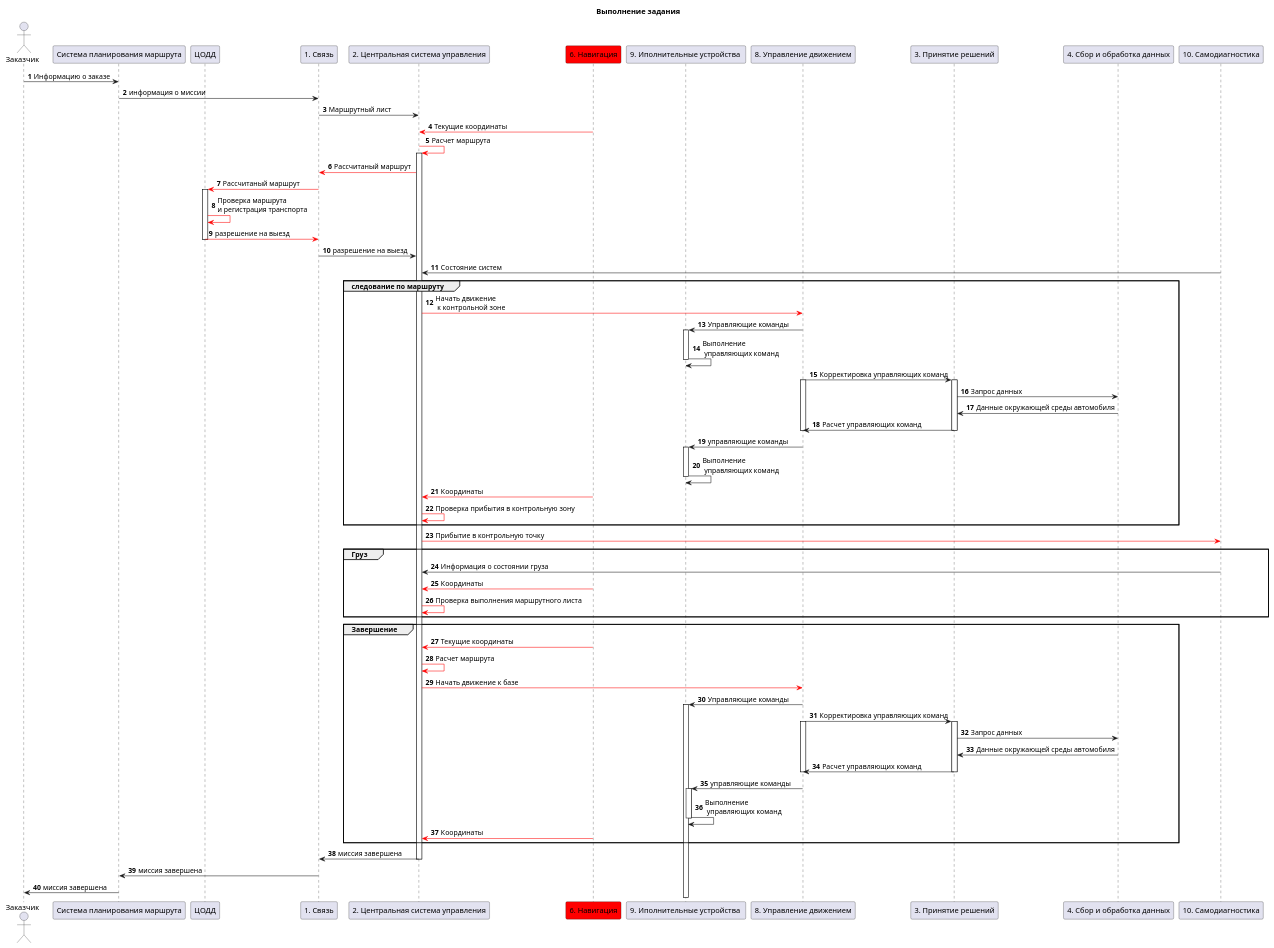
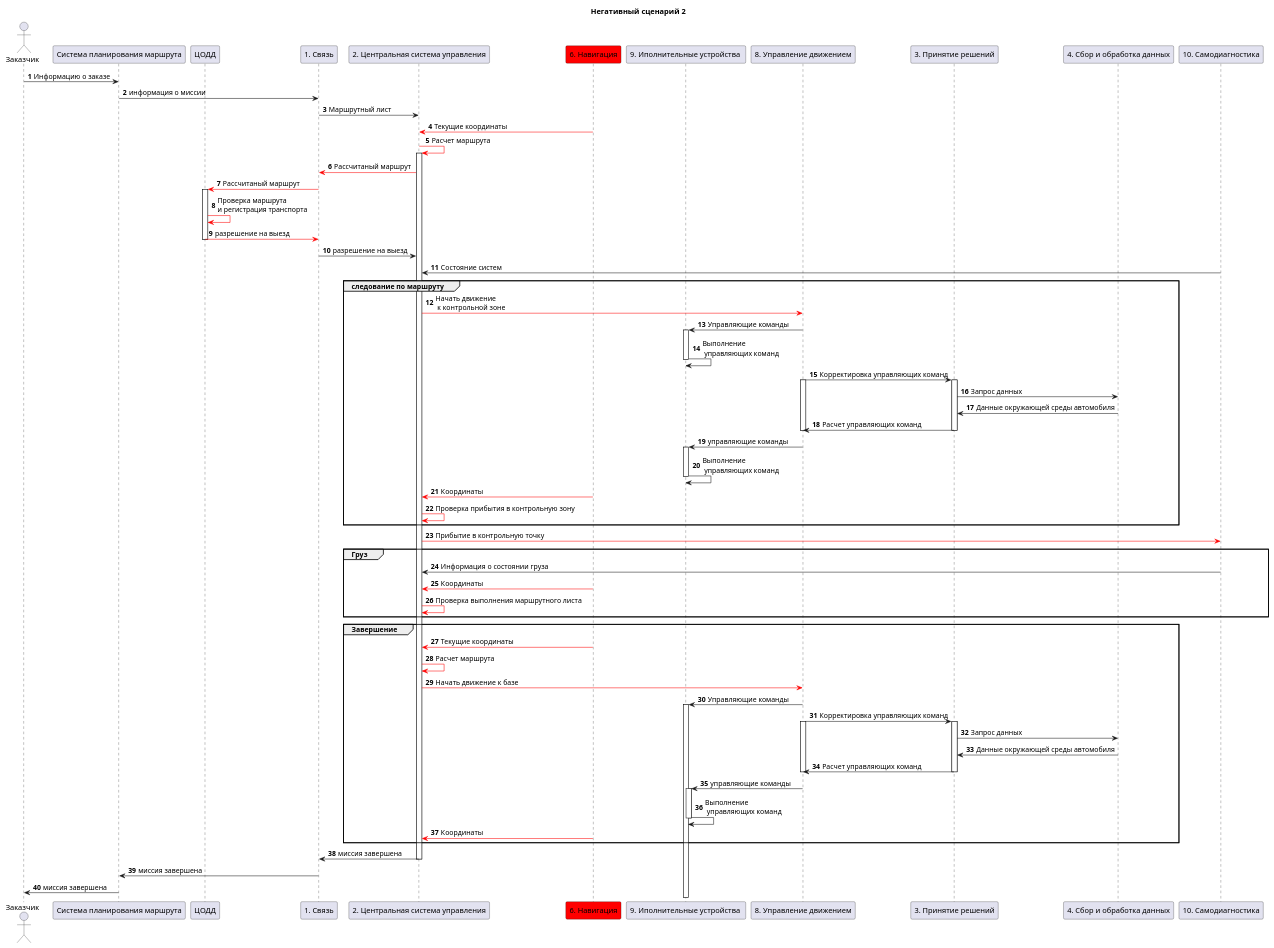
One commit to hedgehogsooo/conditionteams changed the diagram in images/НС-2.puml. Above: the diagram before and after it, drawn with PlantUML. The commit also changed 26 other files, not shown here.

```diff
--- a/images/НС-2.puml
+++ b/images/НС-2.puml
@@ -1,86 +1,86 @@
 @startuml НС-2
-title Выполнение задания
+title Негативный сценарий 2
 autonumber
 
 
 actor "Заказчик" as operator
 participant "Система планирования маршрута" as planingsystem
 participant "ЦОДД" as TSODD
 participant "1. Связь" as connection
 participant "2. Центральная система управления" as centralsystem
 participant "6. Навигация" as navigation #Red
 participant "9. Иполнительные устройства " as actuators 
 participant "8. Управление движением" as traficcontrol
 participant "3. Принятие решений" as spr
 participant "4. Сбор и обработка данных" as data
 participant "10. Самодиагностика" as diagnoctik
 
 
 operator -> planingsystem: Информацию о заказе
 planingsystem-> connection: информация о миссии
 connection -> centralsystem : Маршрутный лист
 navigation -[#Red]> centralsystem : Текущие координаты
 centralsystem -[#Red]> centralsystem ++: Расчет маршрута
 centralsystem -[#Red]> connection: Рассчитаный маршрут
 connection -[#Red]> TSODD ++: Рассчитаный маршрут
 TSODD -[#Red]> TSODD : Проверка маршрута \nи регистрация транспорта
 TSODD -[#Red]> connection--: разрешение на выезд 
 connection -> centralsystem : разрешение на выезд 
 diagnoctik -> centralsystem : Состояние систем 
 
 
 group следование по маршруту
 centralsystem -[#Red]>  traficcontrol: Начать движение \n к контрольной зоне
 traficcontrol -> actuators++: Управляющие команды
 actuators -> actuators--: Выполнение \n управляющих команд
 traficcontrol -> spr: Корректировка управляющих команд
 traficcontrol++
 spr++
 spr -> data: Запрос данных
 data -> spr: Данные окружающей среды автомобиля
 spr -> traficcontrol: Расчет управляющих команд
 spr--
 traficcontrol--
 traficcontrol -> actuators++: управляющие команды
 actuators -> actuators--: Выполнение \n управляющих команд
 navigation -[#Red]> centralsystem: Координаты
 centralsystem -[#Red]> centralsystem: Проверка прибытия в контрольную зону
 end
 
 
 centralsystem -[#Red]> diagnoctik: Прибытие в контрольную точку
 group Груз
 diagnoctik -> centralsystem: Информация о состоянии груза
 navigation -[#Red]> centralsystem: Координаты
 centralsystem -[#Red]> centralsystem: Проверка выполнения маршрутного листа
 end
 
 
 group Завершение 
 navigation -[#Red]> centralsystem: Текущие координаты
 centralsystem -[#Red]> centralsystem: Расчет маршрута
 centralsystem -[#Red]>  traficcontrol: Начать движение к базе 
 traficcontrol -> actuators++: Управляющие команды
 
 
 traficcontrol -> spr: Корректировка управляющих команд
 traficcontrol++
 spr++
 spr -> data: Запрос данных
 data -> spr: Данные окружающей среды автомобиля
 spr -> traficcontrol: Расчет управляющих команд
 spr--
 traficcontrol--
 
 traficcontrol -> actuators++: управляющие команды
 actuators -> actuators--: Выполнение \n управляющих команд
 navigation -[#Red]> centralsystem: Координаты
 end
 
 
 centralsystem -> connection--: миссия завершена
 connection -> planingsystem: миссия завершена 
 planingsystem -> operator: миссия завершена
 
 
 @enduml
```
